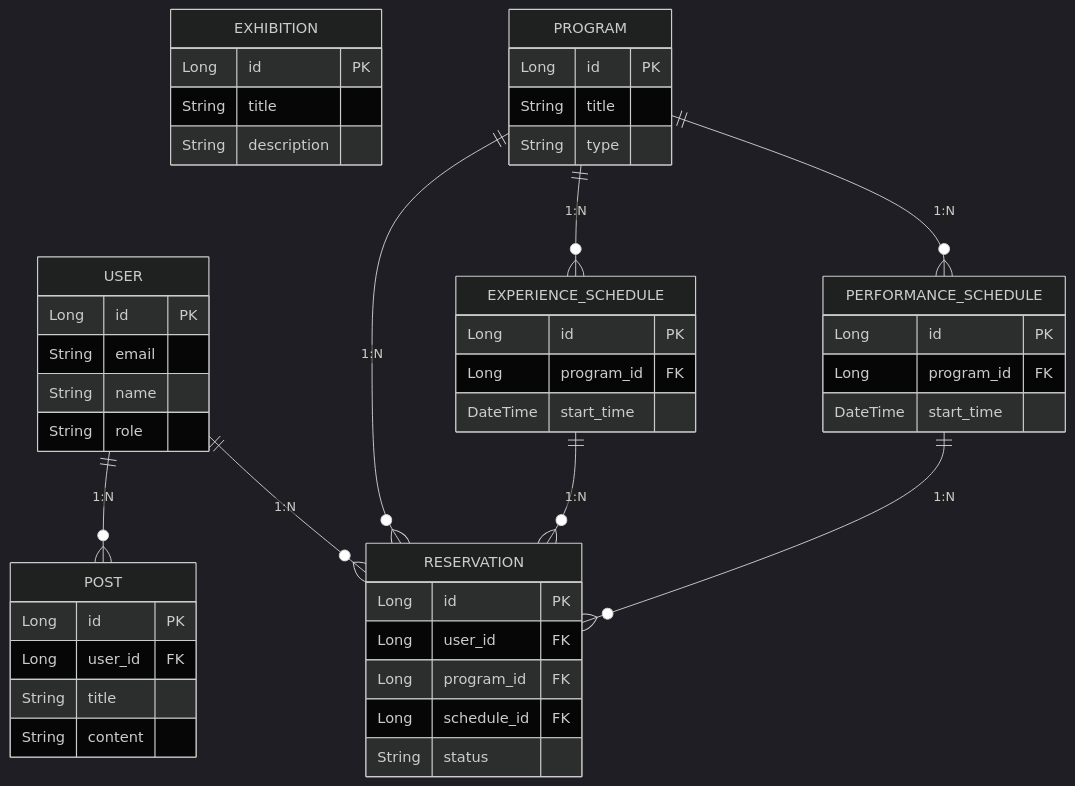
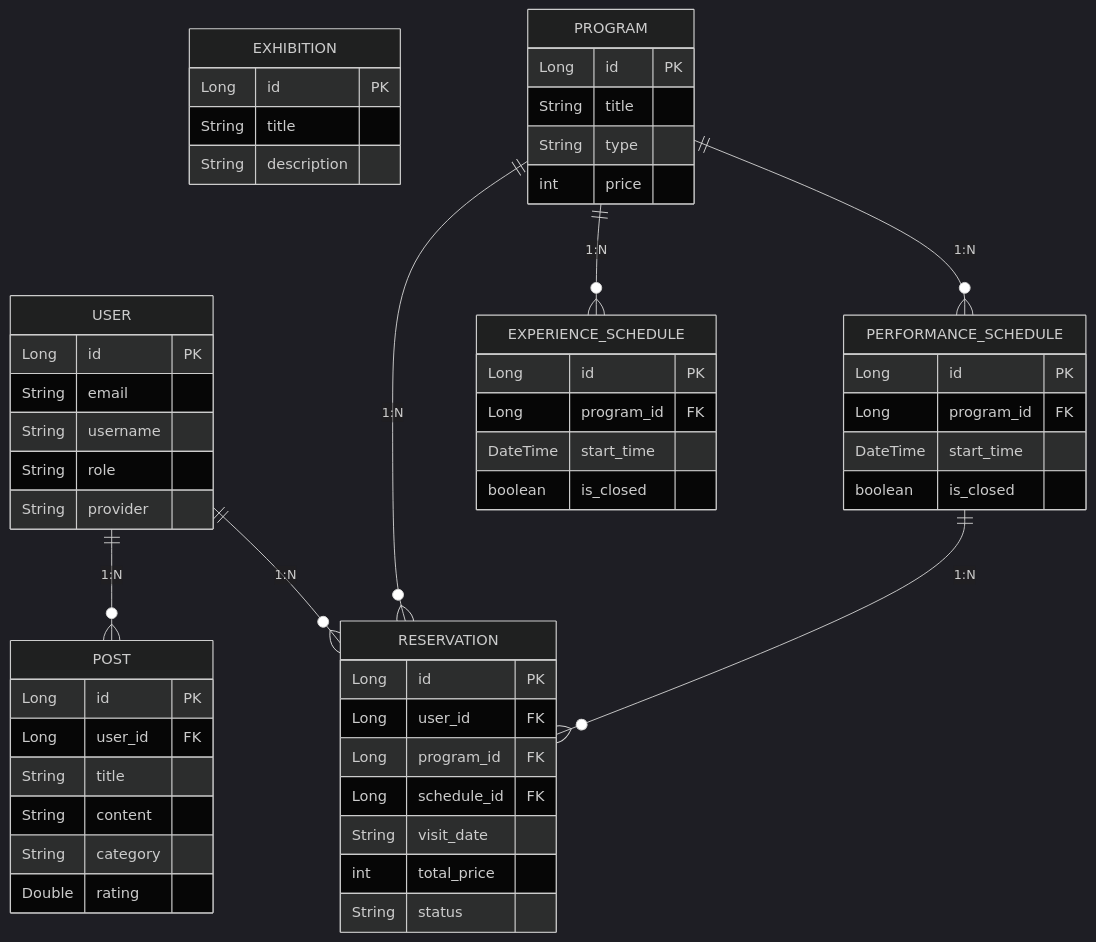
One commit to kitpractice703/aquarium changed the second of 2 diagrams in README.md. Above: the diagram before and after it, drawn with Mermaid (dark theme).

````diff
--- a/README.md
+++ b/README.md
@@ -70,58 +70,65 @@
 ```mermaid
 erDiagram
     EXHIBITION {
         Long id PK
         String title
         String description
     }
 
     USER {
         Long id PK
         String email
-        String name
+        String username
         String role
+        String provider
     }
 
     PROGRAM {
         Long id PK
         String title
         String type
+        int price
     }
 
     PERFORMANCE_SCHEDULE {
         Long id PK
         Long program_id FK
         DateTime start_time
+        boolean is_closed
     }
 
     EXPERIENCE_SCHEDULE {
         Long id PK
         Long program_id FK
         DateTime start_time
+        boolean is_closed
     }
 
     RESERVATION {
         Long id PK
         Long user_id FK
         Long program_id FK
         Long schedule_id FK
+        String visit_date
+        int total_price
         String status
     }
 
     POST {
         Long id PK
         Long user_id FK
         String title
         String content
+        String category
+        Double rating
     }
 
     USER ||--o{ RESERVATION : "1:N"
     USER ||--o{ POST : "1:N"
 
     PROGRAM ||--o{ PERFORMANCE_SCHEDULE : "1:N"
     PROGRAM ||--o{ EXPERIENCE_SCHEDULE : "1:N"
     PROGRAM ||--o{ RESERVATION : "1:N"
 
     PERFORMANCE_SCHEDULE ||--o{ RESERVATION : "1:N"
-    EXPERIENCE_SCHEDULE ||--o{ RESERVATION : "1:N"
 ```
````
